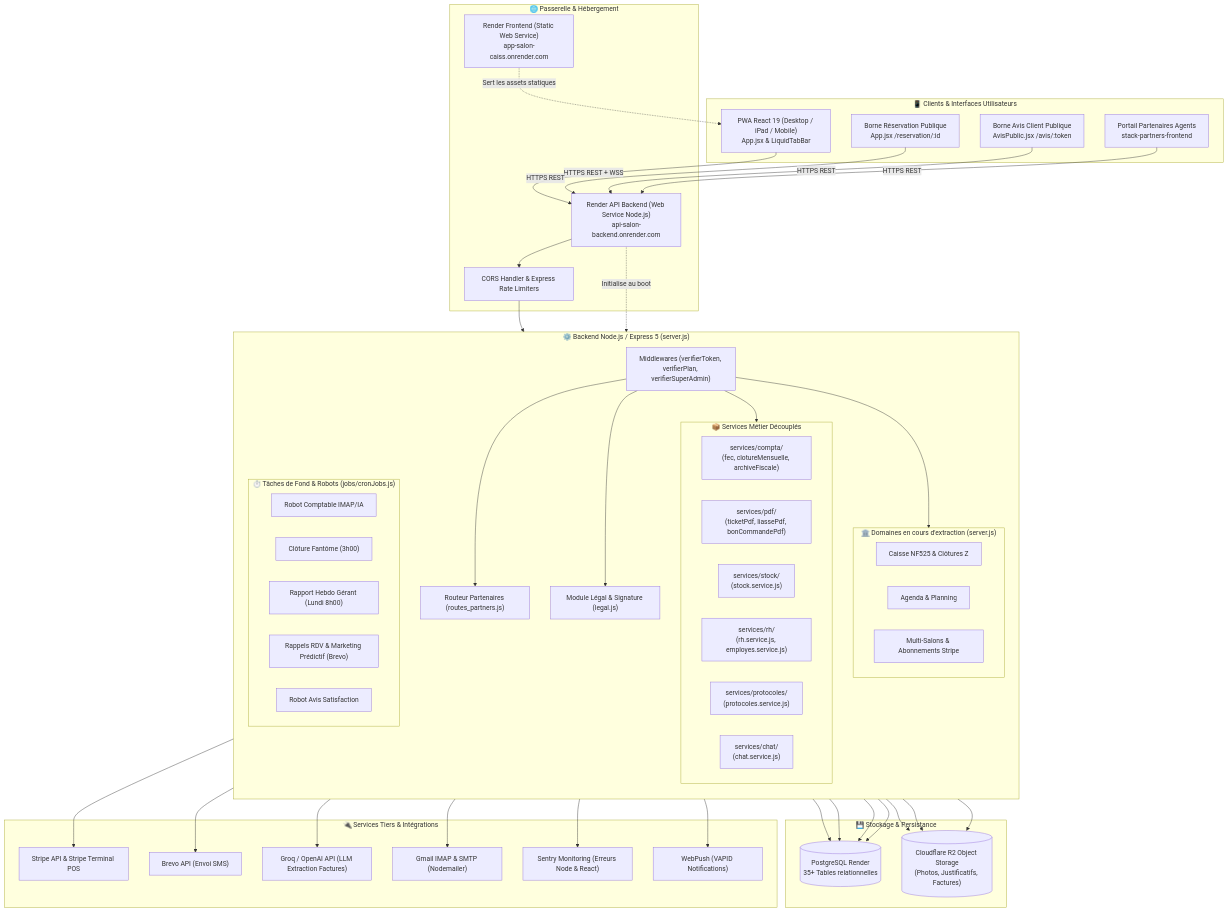
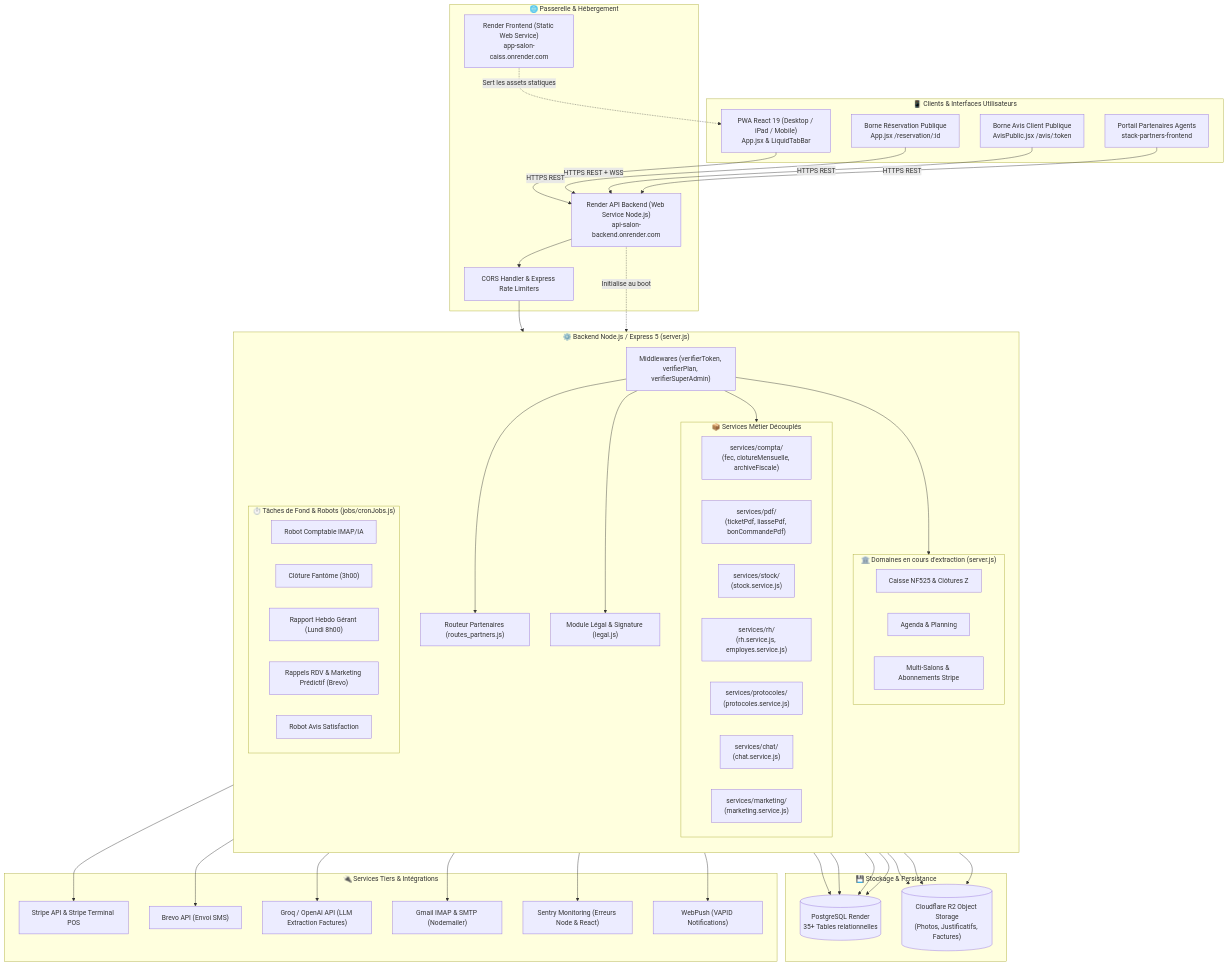
The first of 5 diagrams in docs/ARCHITECTURE.md (valentin-td/APP), drawn with Mermaid before and after one commit. The commit also changed other lines of this file and 4 other files, not shown here.

Commit message:
refactor: extraction des avis clients et marketing sms (services/marketing)

```diff
--- a/docs/ARCHITECTURE.md
+++ b/docs/ARCHITECTURE.md
@@ -51,6 +51,7 @@
             SRV_RH["services/rh/<br/>(rh.service.js, employes.service.js)"]
             SRV_Proto["services/protocoles/<br/>(protocoles.service.js)"]
             SRV_Chat["services/chat/<br/>(chat.service.js)"]
+            SRV_Mktg["services/marketing/<br/>(marketing.service.js)"]
         end
 
         subgraph CoreMonolith["🏛️ Domaines en cours d'extraction (server.js)"]
```
